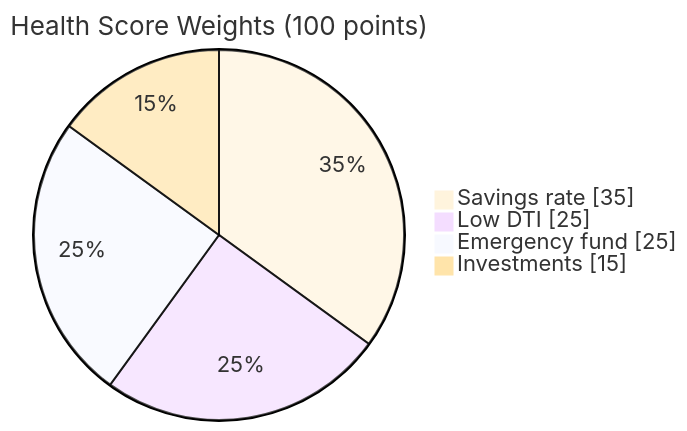
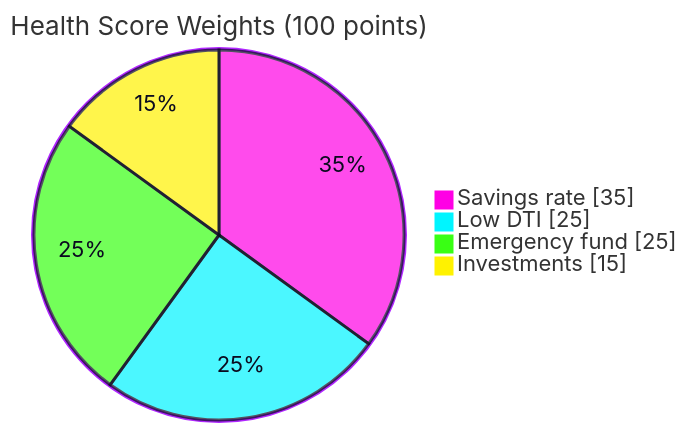
The seventh of 13 diagrams in README.md (Mansi232323/MANSHORA), drawn with Mermaid before and after one commit. The commit also changed other lines of this file, not shown here.

````diff
--- a/README.md
+++ b/README.md
@@ -246,8 +246,8 @@
 ```mermaid
-%%{init: {'theme':'base','themeVariables':{'fontSize':'22px','pieTitleTextSize':'26px','pieSectionTextSize':'22px','pieLegendTextSize':'22px'}}}%%
+%%{init: {'theme':'base','themeVariables':{'fontSize':'22px','pieTitleTextSize':'26px','pieSectionTextSize':'22px','pieLegendTextSize':'22px','pie1':'#ff00e5','pie2':'#00f5ff','pie3':'#39ff14','pie4':'#fff200','pieSectionTextColor':'#0b0b1f','pieStrokeColor':'#0b0b1f','pieStrokeWidth':'3px','pieOuterStrokeColor':'#b026ff','pieOuterStrokeWidth':'3px'}}}%%
 pie showData title Health Score Weights (100 points)
     "Savings rate" : 35
     "Low DTI" : 25
     "Emergency fund" : 25
     "Investments" : 15
 ```
````
